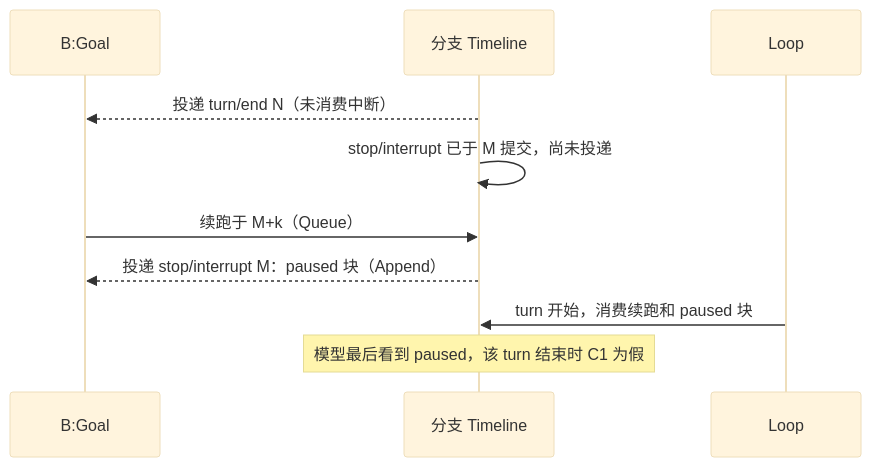
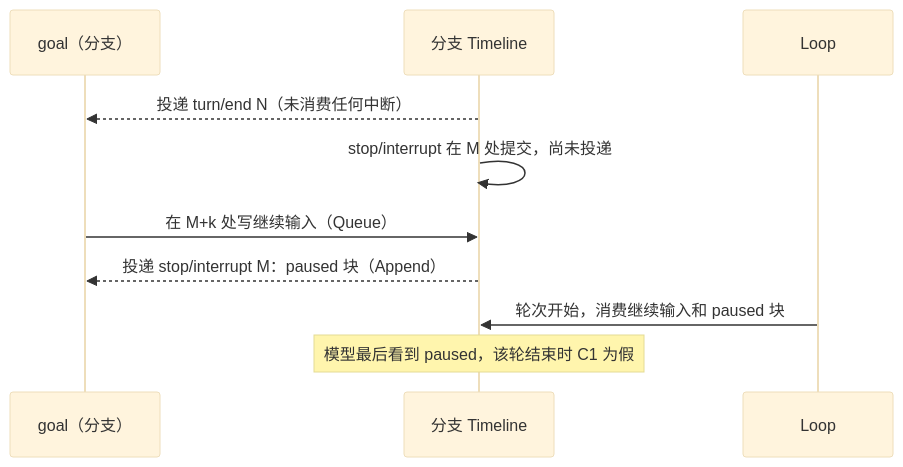
Before and after one commit to CoutinhoTTS/dim-agent: the sixth of 6 diagrams in docs/zh/design/plugins/Goal.md, drawn with Mermaid (base theme). The commit also changed other lines of this file and 18 other files, not shown here.

````diff
--- a/docs/zh/design/plugins/Goal.md
+++ b/docs/zh/design/plugins/Goal.md
@@ -146,12 +146,12 @@
 ```mermaid
 sequenceDiagram
-  participant G as B:Goal
+  participant G as goal（分支）
   participant TL as 分支 Timeline
   participant LP as Loop
-  TL-->>G: 投递 turn/end N（未消费中断）
-  TL->>TL: stop/interrupt 已于 M 提交，尚未投递
-  G->>TL: 续跑于 M+k（Queue）
+  TL-->>G: 投递 turn/end N（未消费任何中断）
+  TL->>TL: stop/interrupt 在 M 处提交，尚未投递
+  G->>TL: 在 M+k 处写继续输入（Queue）
   TL-->>G: 投递 stop/interrupt M：paused 块（Append）
-  LP->>TL: turn 开始，消费续跑和 paused 块
-  Note over TL: 模型最后看到 paused，该 turn 结束时 C1 为假
+  LP->>TL: 轮次开始，消费继续输入和 paused 块
+  Note over TL: 模型最后看到 paused，该轮结束时 C1 为假
 ```
````
